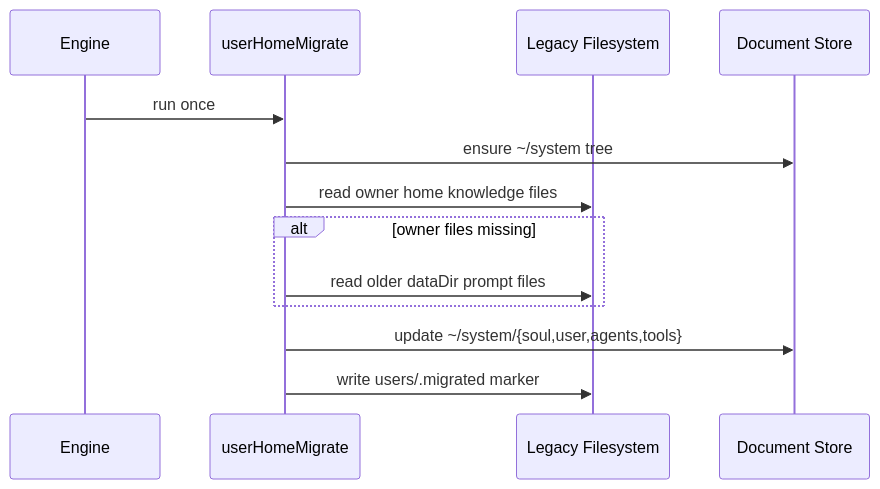
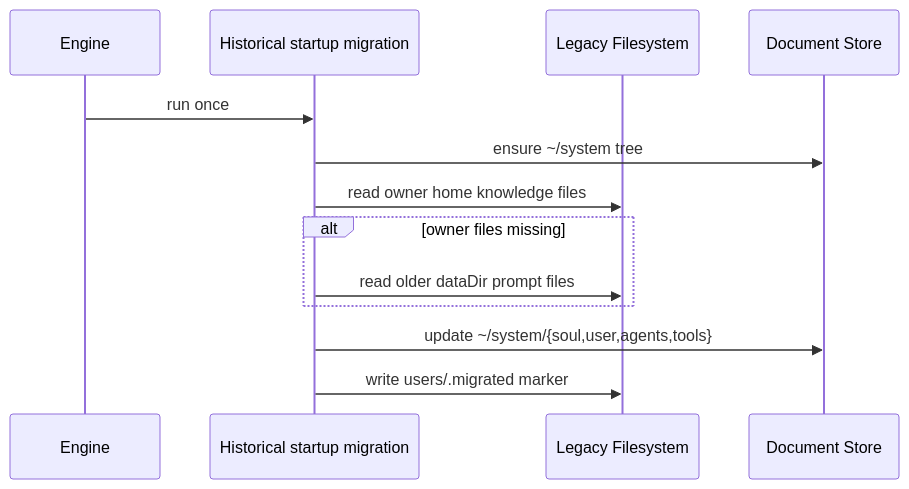
Before and after one commit to ex3ndr/daycare: the second of 3 diagrams in doc/20260306-system-doc-store-migration.md, drawn with Mermaid. The commit also changed other lines of this file and 6 other files, not shown here.

Commit message:
refactor: remove user home migration

````diff
--- a/doc/20260306-system-doc-store-migration.md
+++ b/doc/20260306-system-doc-store-migration.md
@@ -32,16 +34,16 @@
 ```mermaid
 sequenceDiagram
     participant Engine
-    participant Migrate as userHomeMigrate
+    participant Migrate as Historical startup migration
     participant FS as Legacy Filesystem
     participant Docs as Document Store
 
     Engine->>Migrate: run once
     Migrate->>Docs: ensure ~/system tree
     Migrate->>FS: read owner home knowledge files
     alt owner files missing
         Migrate->>FS: read older dataDir prompt files
     end
     Migrate->>Docs: update ~/system/{soul,user,agents,tools}
     Migrate->>FS: write users/.migrated marker
 ```
````
